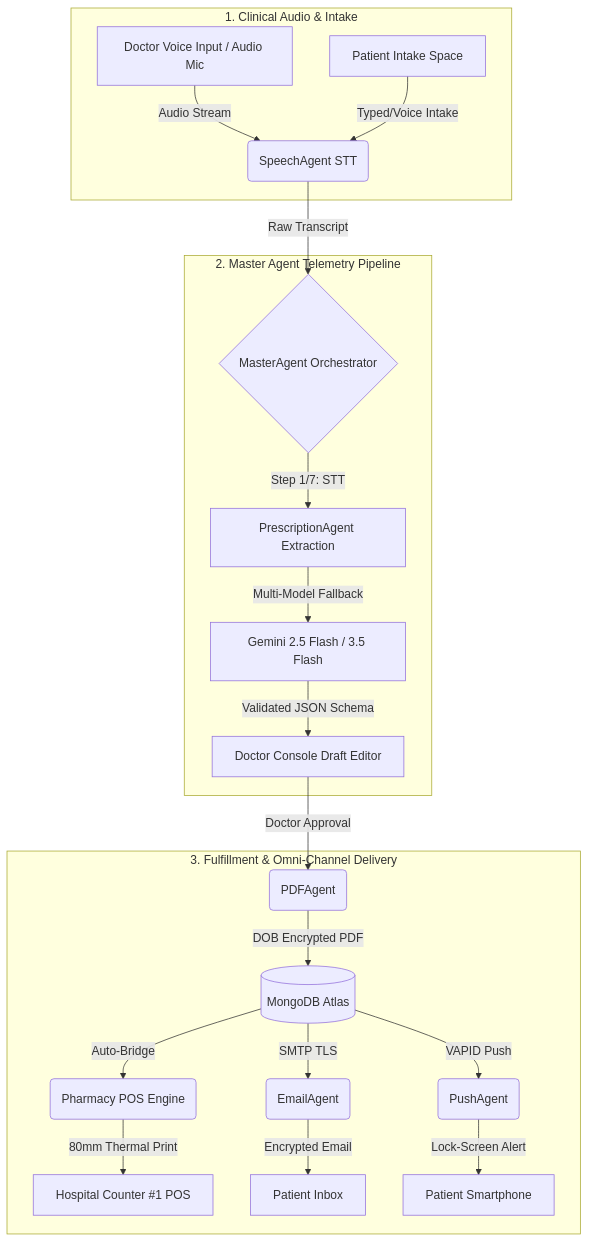
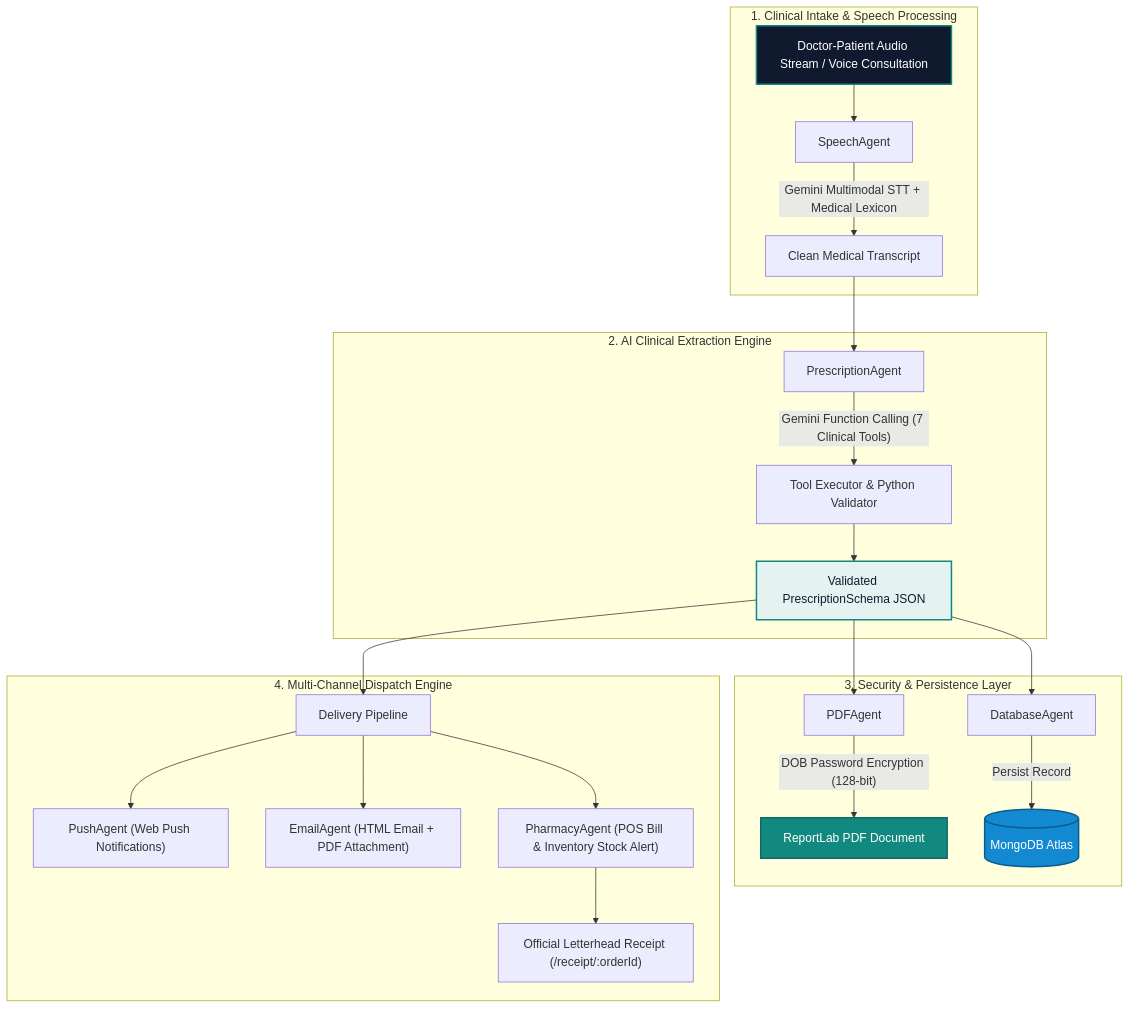
Before and after one commit to Saksham3736/scriptiq: the first of 5 diagrams in README.md, drawn with Mermaid. The commit also changed other lines of this file, not shown here.

Commit message:
Docs: Add 5 foundational Mermaid architecture diagrams and update workspace routes in README.md

````diff
--- a/README.md
+++ b/README.md
@@ -40,25 +41,33 @@
 ```mermaid
 flowchart TD
-    subgraph Input [1. Clinical Audio & Intake]
-        A[Doctor Voice Input / Audio Mic] -->|Audio Stream| B(SpeechAgent STT)
-        A2[Patient Intake Space] -->|Typed/Voice Intake| B
+    subgraph CLINICAL_INTAKE["1. Clinical Intake & Speech Processing"]
+        A["Doctor-Patient Audio Stream / Voice Consultation"] --> B["SpeechAgent"]
+        B -->|"Gemini Multimodal STT + Medical Lexicon"| C["Clean Medical Transcript"]
     end
 
-    subgraph Orchestrator [2. Master Agent Telemetry Pipeline]
-        B -->|Raw Transcript| C{MasterAgent Orchestrator}
-        C -->|Step 1/7: STT| D[PrescriptionAgent Extraction]
-        D -->|Multi-Model Fallback| E[Gemini 2.5 Flash / 3.5 Flash]
-        E -->|Validated JSON Schema| F[Doctor Console Draft Editor]
+    subgraph CLINICAL_REASONING["2. AI Clinical Extraction Engine"]
+        C --> D["PrescriptionAgent"]
+        D -->|"Gemini Function Calling (7 Clinical Tools)"| E["Tool Executor & Python Validator"]
+        E --> F["Validated PrescriptionSchema JSON"]
     end
 
-    subgraph Output [3. Fulfillment & Omni-Channel Delivery]
-        F -->|Doctor Approval| G(PDFAgent)
-        G -->|DOB Encrypted PDF| H[(MongoDB Atlas)]
-        H -->|Auto-Bridge| I(Pharmacy POS Engine)
-        H -->|SMTP TLS| J(EmailAgent)
-        H -->|VAPID Push| K(PushAgent)
-        I -->|80mm Thermal Print| L[Hospital Counter #1 POS]
-        J -->|Encrypted Email| M[Patient Inbox]
-        K -->|Lock-Screen Alert| N[Patient Smartphone]
+    subgraph PERSISTENCE_SEC["3. Security & Persistence Layer"]
+        F --> G["PDFAgent"]
+        G -->|"DOB Password Encryption (128-bit)"| H["ReportLab PDF Document"]
+        F --> I["DatabaseAgent"]
+        I -->|"Persist Record"| J[("MongoDB Atlas")]
     end
+
+    subgraph MULTI_CHANNEL["4. Multi-Channel Dispatch Engine"]
+        F --> K["Delivery Pipeline"]
+        K --> L["PushAgent (Web Push Notifications)"]
+        K --> M["EmailAgent (HTML Email + PDF Attachment)"]
+        K --> N["PharmacyAgent (POS Bill & Inventory Stock Alert)"]
+        N --> O["Official Letterhead Receipt (/receipt/:orderId)"]
+    end
+
+    style A fill:#101A2E,color:#FFF,stroke:#12897F,stroke-width:2px
+    style F fill:#E4F3F1,color:#101A2E,stroke:#12897F,stroke-width:2px
+    style H fill:#12897F,color:#FFF,stroke:#0E6A62,stroke-width:2px
+    style J fill:#1389D2,color:#FFF,stroke:#0E5B8E,stroke-width:2px
 ```
````
